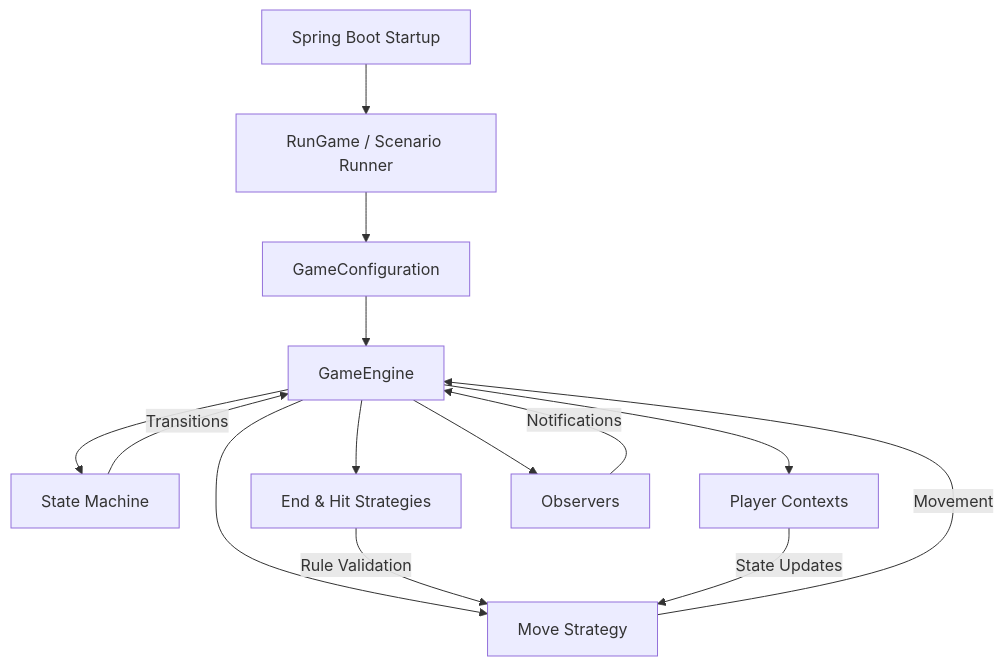
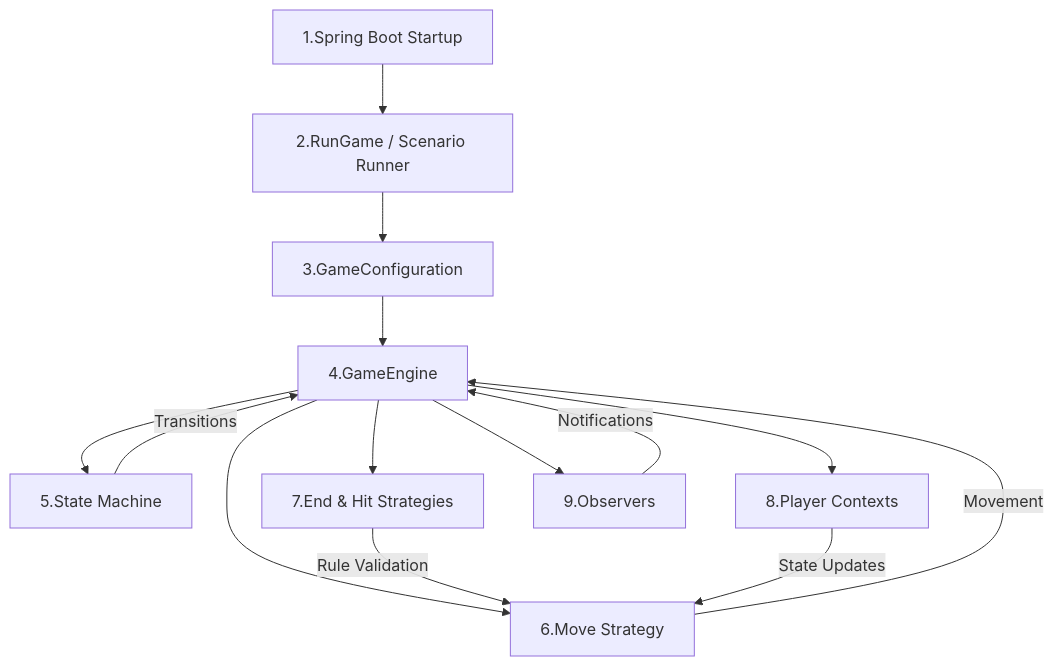
One commit to daniel140280/Daniel_Hall_23748364 changed the first of 4 diagrams in README.md. Above: the diagram before and after it, drawn with Mermaid. The commit also changed other lines of this file, not shown here.

````diff
--- a/README.md
+++ b/README.md
@@ -29,16 +30,16 @@
 ```mermaid
 flowchart TD
-A[Spring Boot Startup] --> B[RunGame / Scenario Runner]
-B --> C[GameConfiguration]
-C --> D[GameEngine]
-D --> E[State Machine]
-D --> F[Move Strategy]
-D --> G[End & Hit Strategies]
-D --> H[Player Contexts]
-D --> I[Observers]
+A[1.Spring Boot Startup] --> B[2.RunGame / Scenario Runner]
+B --> C[3.GameConfiguration]
+C --> D[4.GameEngine]
+D --> E[5.State Machine]
+D --> F[6.Move Strategy]
+D --> G[7.End & Hit Strategies]
+D --> H[8.Player Contexts]
+D --> I[9.Observers]
 E -->|Transitions| D
 F -->|Movement| D
 G -->|Rule Validation| F
 H -->|State Updates| F
 I -->|Notifications| D
 ```
````
